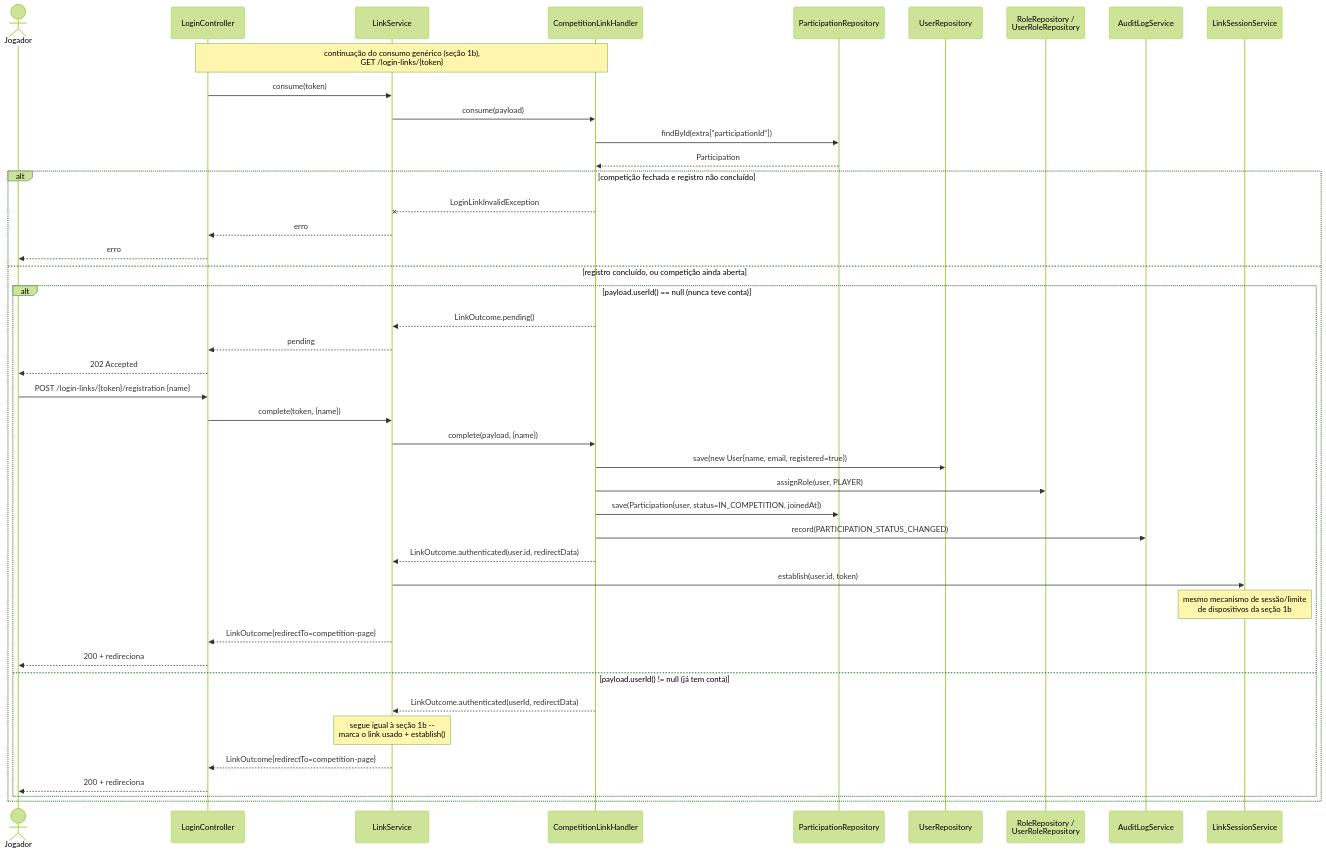
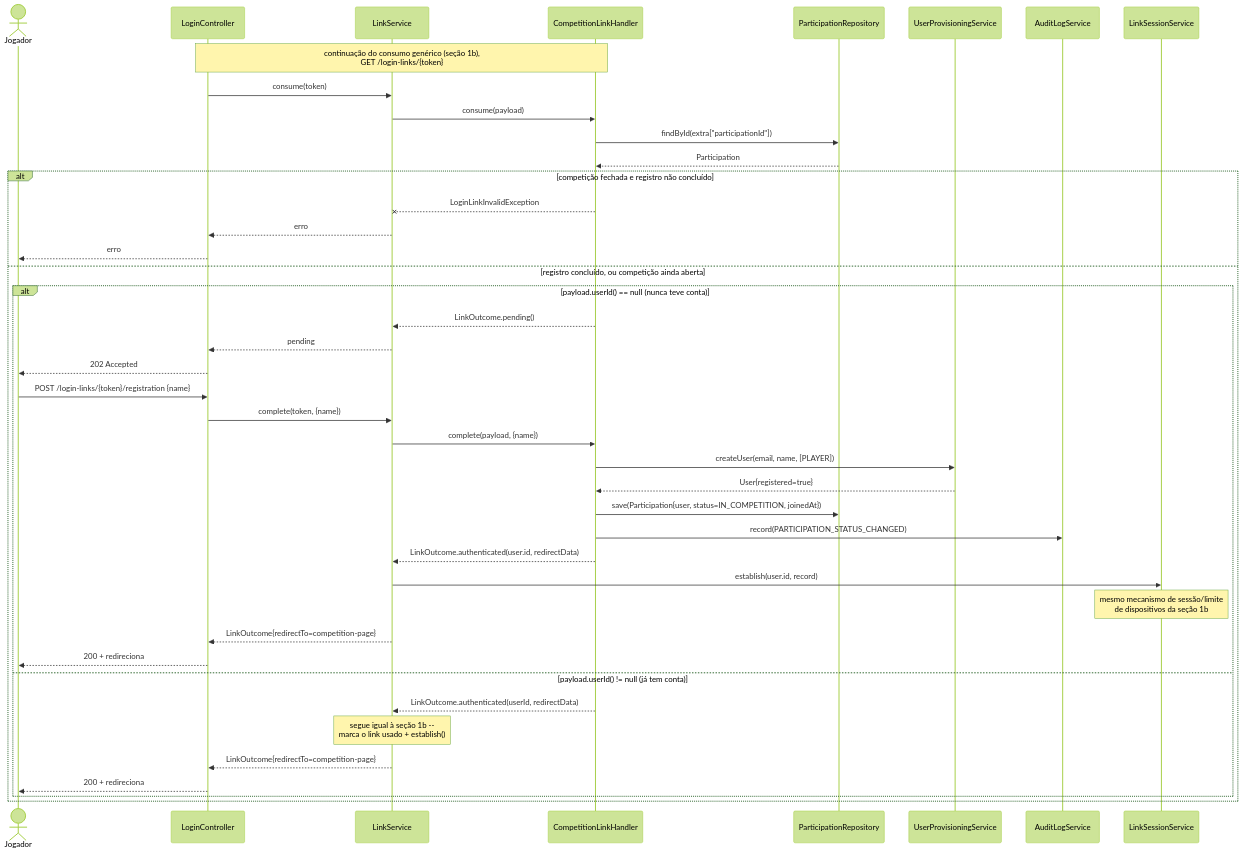
One commit to lalgarve/jogo-acoes changed the eighth of 10 diagrams in docs/diagrams/sequencia.md. Above: the diagram before and after it, drawn with Mermaid (forest theme). The commit also changed other lines of this file and 2 other files, not shown here.

First line of the commit message:
docs: update module diagrams and spec 05-029 after implementation

````diff
--- a/docs/diagrams/sequencia.md
+++ b/docs/diagrams/sequencia.md
@@ -314,48 +313,47 @@
 ```mermaid
 sequenceDiagram
     actor J as Jogador
     participant LC as LoginController
     participant LiS as LinkService
     participant H as CompetitionLinkHandler
     participant PR as ParticipationRepository
-    participant UR as UserRepository
-    participant RR as RoleRepository /<br/>UserRoleRepository
+    participant UPS as UserProvisioningService
     participant AL as AuditLogService
     participant SS as LinkSessionService
 
     Note over LC,H: continuação do consumo genérico (seção 1b),<br/>GET /login-links/{token}
 
     LC->>LiS: consume(token)
     LiS->>H: consume(payload)
     H->>PR: findById(extra["participationId"])
     PR-->>H: Participation
     alt competição fechada e registro não concluído
         H--xLiS: LoginLinkInvalidException
         LiS-->>LC: erro
         LC-->>J: erro
     else registro concluído, ou competição ainda aberta
         alt payload.userId() == null (nunca teve conta)
             H-->>LiS: LinkOutcome.pending()
             LiS-->>LC: pending
             LC-->>J: 202 Accepted
 
             J->>LC: POST /login-links/{token}/registration {name}
             LC->>LiS: complete(token, {name})
             LiS->>H: complete(payload, {name})
-            H->>UR: save(new User{name, email, registered=true})
-            H->>RR: assignRole(user, PLAYER)
+            H->>UPS: createUser(email, name, [PLAYER])
+            UPS-->>H: User{registered=true}
             H->>PR: save(Participation{user, status=IN_COMPETITION, joinedAt})
             H->>AL: record(PARTICIPATION_STATUS_CHANGED)
             H-->>LiS: LinkOutcome.authenticated(user.id, redirectData)
-            LiS->>SS: establish(user.id, token)
+            LiS->>SS: establish(user.id, record)
             Note over SS: mesmo mecanismo de sessão/limite<br/>de dispositivos da seção 1b
             LiS-->>LC: LinkOutcome{redirectTo=competition-page}
             LC-->>J: 200 + redireciona
         else payload.userId() != null (já tem conta)
             H-->>LiS: LinkOutcome.authenticated(userId, redirectData)
             Note over LiS: segue igual à seção 1b --<br/>marca o link usado + establish()
             LiS-->>LC: LinkOutcome{redirectTo=competition-page}
             LC-->>J: 200 + redireciona
         end
     end
 ```
````
